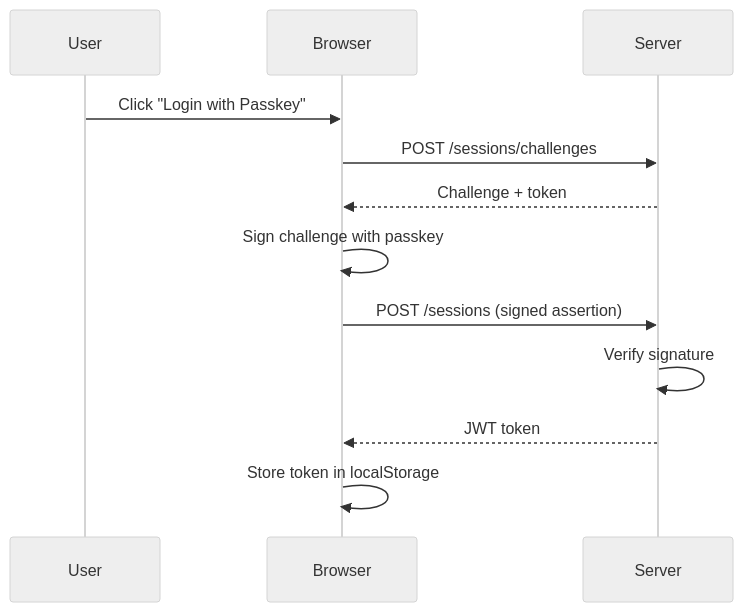
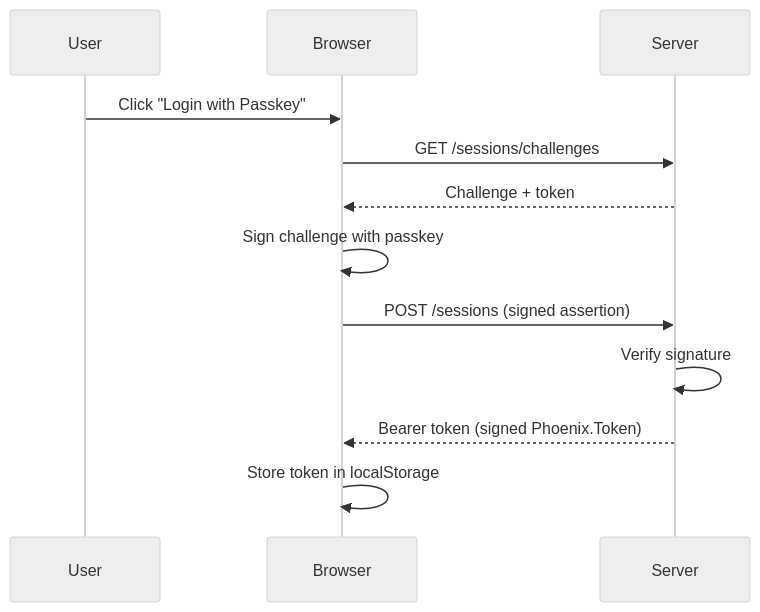
The second of 2 diagrams in packages/website/docs/concepts/authentication.md (castmill/castmill), drawn with Mermaid (neutral theme) before and after one commit. The commit also changed other lines of this file and 4 other files, not shown here.

````diff
--- a/packages/website/docs/concepts/authentication.md
+++ b/packages/website/docs/concepts/authentication.md
@@ -45,15 +45,15 @@
 ```mermaid
 sequenceDiagram
     participant U as User
     participant B as Browser
     participant S as Server
 
     U->>B: Click "Login with Passkey"
-    B->>S: POST /sessions/challenges
+    B->>S: GET /sessions/challenges
     S-->>B: Challenge + token
     B->>B: Sign challenge with passkey
     B->>S: POST /sessions (signed assertion)
     S->>S: Verify signature
-    S-->>B: JWT token
+    S-->>B: Bearer token (signed Phoenix.Token)
     B->>B: Store token in localStorage
 ```
````
